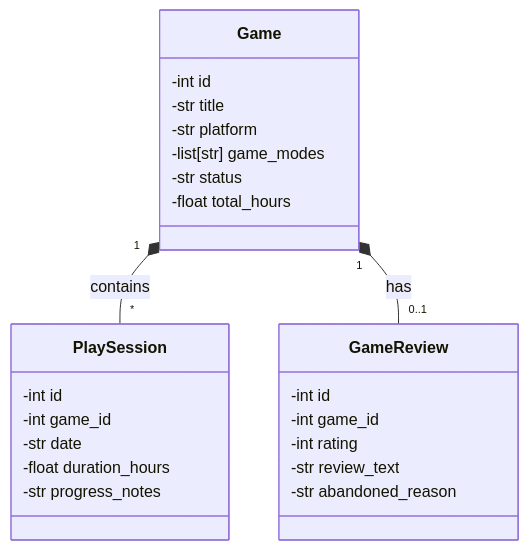
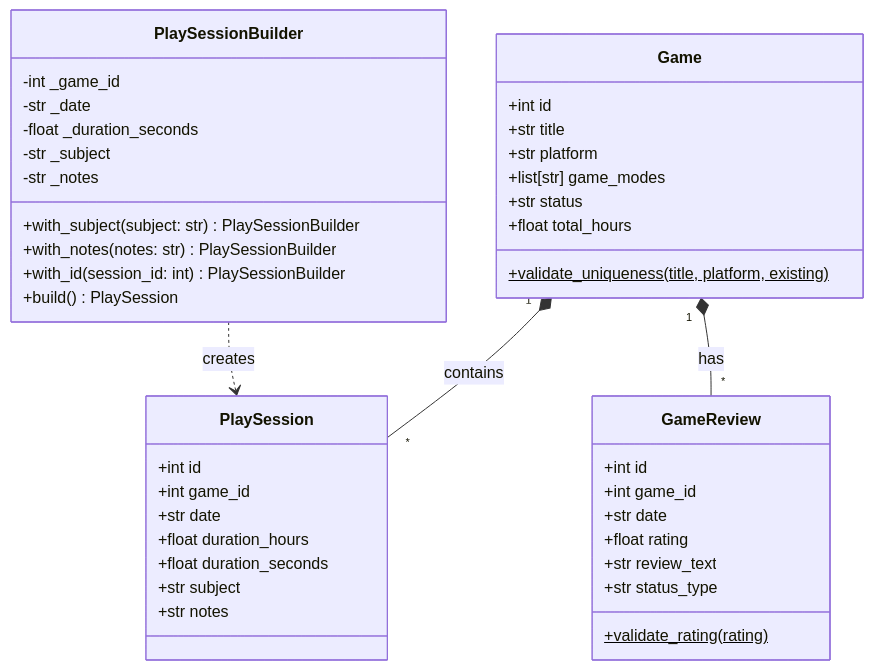
Before and after one commit to DavLien/cen5064-project-liendo: the third of 9 diagrams in README.md, drawn with Mermaid. The commit also changed other lines of this file, not shown here.

````diff
--- a/README.md
+++ b/README.md
@@ -91,31 +118,49 @@
 ```mermaid
-%% Class diagram: your 3–4 core domain classes.
 classDiagram
+    direction TB
     class Game {
-        -int id
-        -str title
-        -str platform
-        -list[str] game_modes
-        -str status
-        -float total_hours
+        +int id
+        +str title
+        +str platform
+        +list[str] game_modes
+        +str status
+        +float total_hours
+        +validate_uniqueness(title, platform, existing)$
     }
 
     class PlaySession {
-        -int id
-        -int game_id
-        -str date
-        -float duration_hours
-        -str progress_notes
+        +int id
+        +int game_id
+        +str date
+        +float duration_hours
+        +float duration_seconds
+        +str subject
+        +str notes
     }
 
     class GameReview {
-        -int id
-        -int game_id
-        -int rating
-        -str review_text
-        -str abandoned_reason
+        +int id
+        +int game_id
+        +str date
+        +float rating
+        +str review_text
+        +str status_type
+        +validate_rating(rating)$
+    }
+
+    class PlaySessionBuilder {
+        -int _game_id
+        -str _date
+        -float _duration_seconds
+        -str _subject
+        -str _notes
+        +with_subject(subject: str) PlaySessionBuilder
+        +with_notes(notes: str) PlaySessionBuilder
+        +with_id(session_id: int) PlaySessionBuilder
+        +build() PlaySession
     }
 
     Game "1" *-- "*" PlaySession : contains
-    Game "1" *-- "0..1" GameReview : has
+    Game "1" *-- "*" GameReview : has
+    PlaySessionBuilder ..> PlaySession : creates
 ```
````
